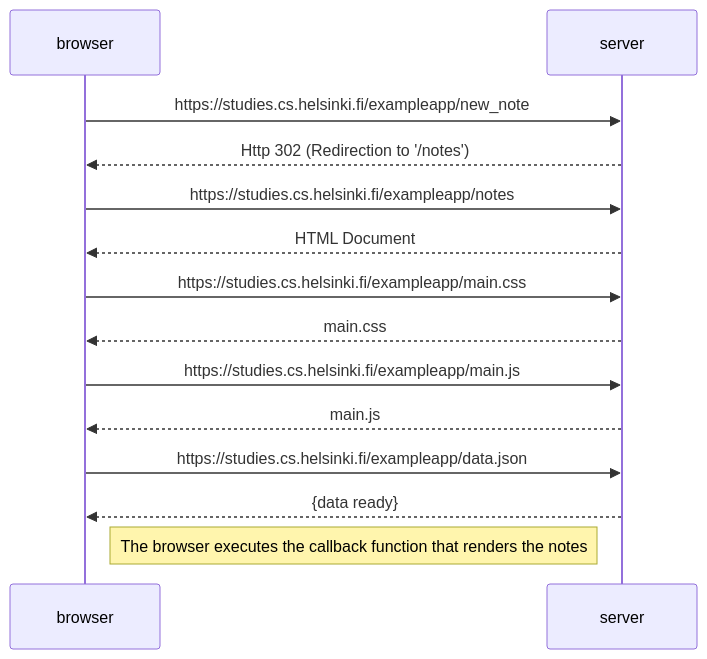
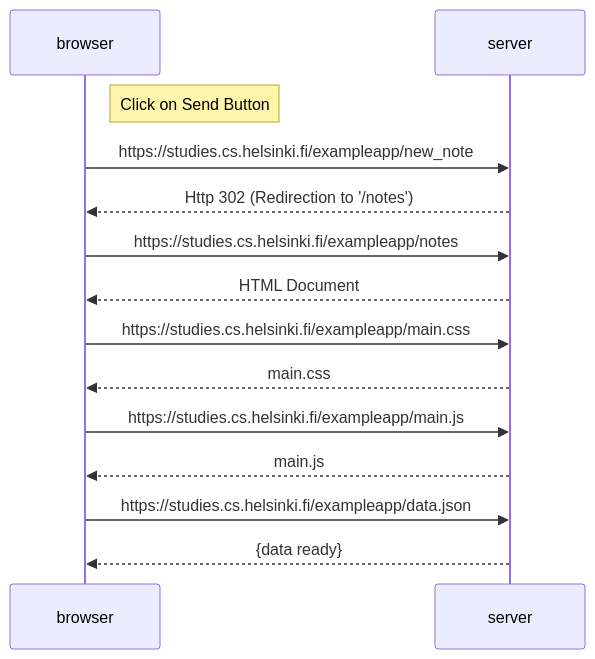
Before and after one commit to ArielCS0625/Ejercicios-0.4-0.6-: the diagram in 04.md, drawn with Mermaid.

````diff
--- a/04.md
+++ b/04.md
@@ -1,22 +1,23 @@
   ```mermaid
   sequenceDiagram
       participant browser
       participant server
+Note right of browser: Click on Send Button
       browser->>server: https://studies.cs.helsinki.fi/exampleapp/new_note
       server-->>browser: Http 302 (Redirection to '/notes')
 
       browser->>server: https://studies.cs.helsinki.fi/exampleapp/notes
       server-->>browser: HTML Document
 
       browser->>server: https://studies.cs.helsinki.fi/exampleapp/main.css
       server-->>browser: main.css
 
       browser->>server: https://studies.cs.helsinki.fi/exampleapp/main.js
       server-->>browser: main.js
 
 
       browser->>server: https://studies.cs.helsinki.fi/exampleapp/data.json
       server-->>browser: {data ready}
 
- Note right of browser: The browser executes the callback function that renders the notes
+ 
   ```
````
